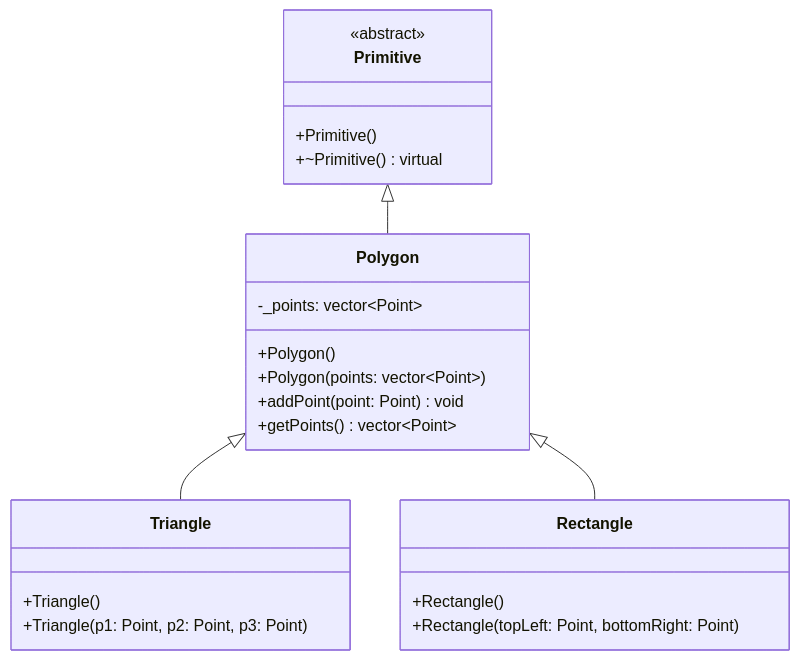
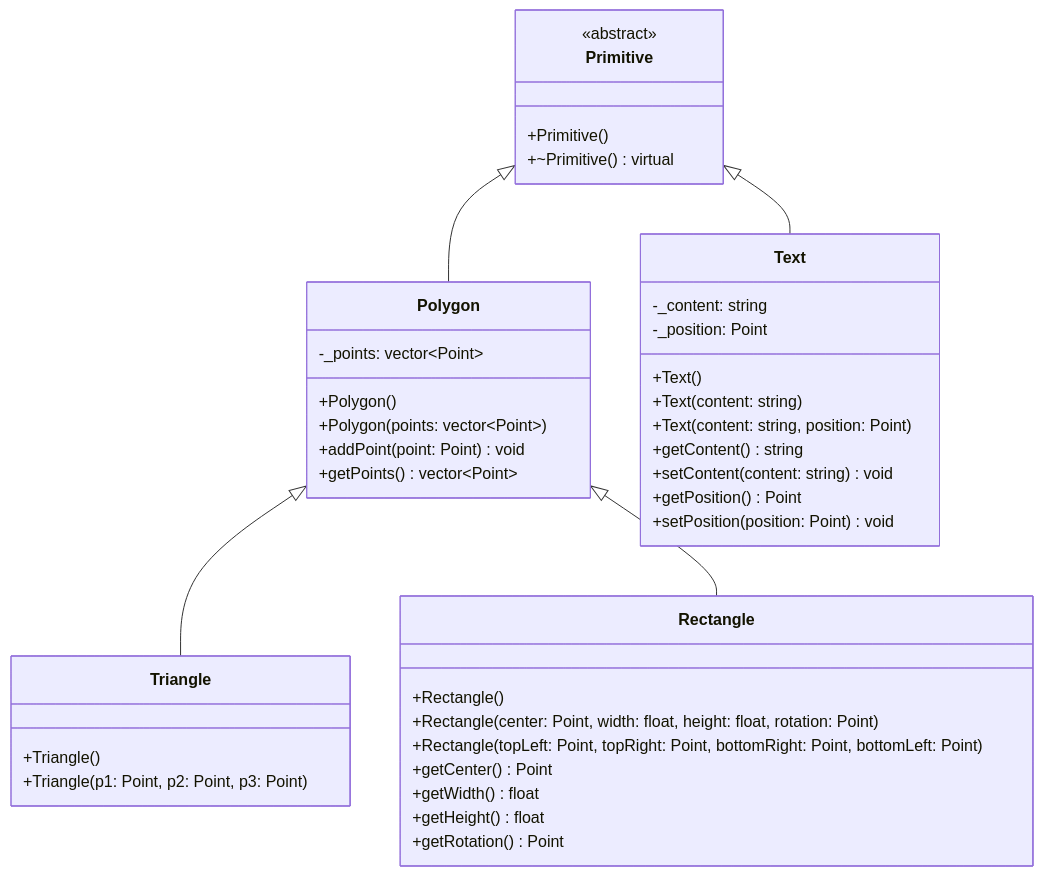
One commit to etib-corp/guillaume changed the third of 6 diagrams in documentations/ARCHITECTURE.md. Above: the diagram before and after it, drawn with Mermaid. The commit also changed other lines of this file and 16 other files, not shown here.

Commit message:
Feat: 3D primitives + type-safe Renderer draw methods; Rectangle center/size/rotation

````diff
--- a/documentations/ARCHITECTURE.md
+++ b/documentations/ARCHITECTURE.md
@@ -72,30 +76,48 @@
 ```mermaid
 classDiagram
-	class Primitive {
-		<<abstract>>
-		+Primitive()
-		+~Primitive() virtual
-	}
+  class Primitive {
+    <<abstract>>
+    +Primitive()
+    +~Primitive() virtual
+  }
 
-	class Polygon {
-		-_points: vector~Point~
-		+Polygon()
-		+Polygon(points: vector~Point~)
-		+addPoint(point: Point) void
-		+getPoints() vector~Point~
-	}
+  class Polygon {
+    -_points: vector~Point~
+    +Polygon()
+    +Polygon(points: vector~Point~)
+    +addPoint(point: Point) void
+    +getPoints() vector~Point~
+  }
 
-	class Triangle {
-		+Triangle()
-		+Triangle(p1: Point, p2: Point, p3: Point)
-	}
+  class Triangle {
+    +Triangle()
+    +Triangle(p1: Point, p2: Point, p3: Point)
+  }
 
-	class Rectangle {
-		+Rectangle()
-		+Rectangle(topLeft: Point, bottomRight: Point)
-	}
+  class Rectangle {
+    +Rectangle()
+    +Rectangle(center: Point, width: float, height: float, rotation: Point)
+    +Rectangle(topLeft: Point, topRight: Point, bottomRight: Point, bottomLeft: Point)
+    +getCenter() Point
+    +getWidth() float
+    +getHeight() float
+    +getRotation() Point
+  }
 
-	Primitive <|-- Polygon
-	Polygon <|-- Triangle
-	Polygon <|-- Rectangle
+  class Text {
+    -_content: string
+    -_position: Point
+    +Text()
+    +Text(content: string)
+    +Text(content: string, position: Point)
+    +getContent() string
+    +setContent(content: string) void
+    +getPosition() Point
+    +setPosition(position: Point) void
+  }
+
+  Primitive <|-- Polygon
+  Primitive <|-- Text
+  Polygon <|-- Triangle
+  Polygon <|-- Rectangle
 ```
````
